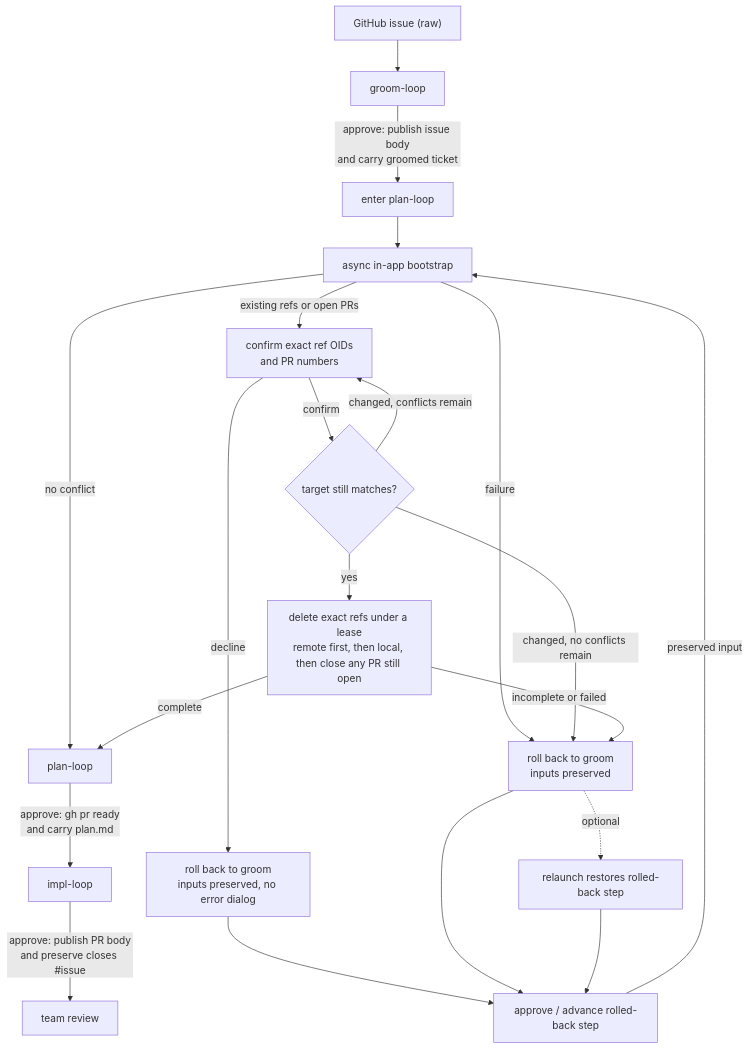
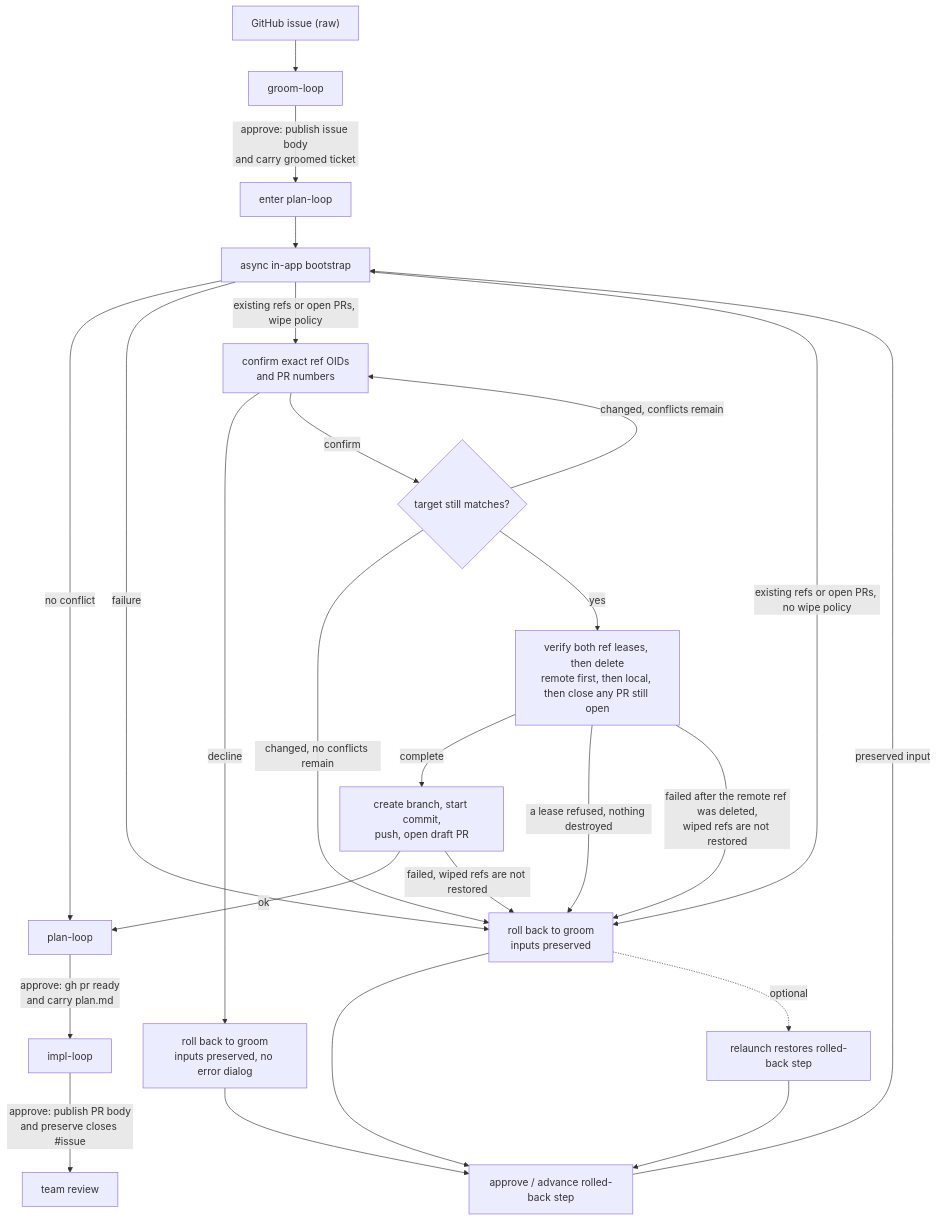
One commit to dylanb/agent-terminal changed the second of 2 diagrams in docs/spec/27-in-terminal-loop-engine-the-live-design.md. Above: the diagram before and after it, drawn with Mermaid.

Commit message:
docs(§27.10): re-draw the bootstrap chart against the wipe the code performs
Three drifts, one of them opened by 2c10c52 and 662a410 themselves —
docs/spec/ had not moved since 62716ea while the wipe was reworked twice.

- WIPE named "delete exact refs under a lease", the shape 2c10c52 found
  wrong. Both leases are now verified before either half is destroyed,
  and that ordering had no other written home once the false comment
  above deleteBranch was removed.
- The chart routed a completed wipe straight to plan-loop, but the wipe
  is the first of six operations on that path; any of the rest can fail
  into rollback with the operator's refs and PR already destroyed and
  not restored. That residue is now on the edges that carry it.
- BOOT routed every detected conflict to the confirm prompt. The code
  gates it on the def's wipe policy and otherwise fails with `branch
  already exists`; the negative arm was drawn nowhere.

Parsed clean against the repo's pinned mermaid.

````diff
--- a/docs/spec/27-in-terminal-loop-engine-the-live-design.md
+++ b/docs/spec/27-in-terminal-loop-engine-the-live-design.md
@@ -134,23 +134,27 @@
 ```mermaid
 flowchart TD
   RAW["GitHub issue (raw)"] --> G["groom-loop"]
   G -->|"approve: publish issue body<br/>and carry groomed ticket"| PE["enter plan-loop"]
   PE --> BOOT["async in-app bootstrap"]
   BOOT -->|"no conflict"| P["plan-loop"]
   BOOT -->|"failure"| RB["roll back to groom<br/>inputs preserved"]
-  BOOT -->|"existing refs or open PRs"| CF["confirm exact ref OIDs<br/>and PR numbers"]
+  BOOT -->|"existing refs or open PRs, wipe policy"| CF["confirm exact ref OIDs<br/>and PR numbers"]
+  BOOT -->|"existing refs or open PRs, no wipe policy"| RB
   CF -->|"decline"| RBQ["roll back to groom<br/>inputs preserved, no error dialog"]
   CF -->|"confirm"| CHECK{"target still matches?"}
   CHECK -->|"changed, conflicts remain"| CF
   CHECK -->|"changed, no conflicts remain"| RB
-  CHECK -->|"yes"| WIPE["delete exact refs under a lease<br/>remote first, then local, then close any PR still open"]
-  WIPE -->|"complete"| P
-  WIPE -->|"incomplete or failed"| RB
+  CHECK -->|"yes"| WIPE["verify both ref leases, then delete<br/>remote first, then local, then close any PR still open"]
+  WIPE -->|"complete"| CREATE["create branch, start commit,<br/>push, open draft PR"]
+  CREATE -->|"ok"| P
+  CREATE -->|"failed, wiped refs are not restored"| RB
+  WIPE -->|"a lease refused, nothing destroyed"| RB
+  WIPE -->|"failed after the remote ref was deleted,<br/>wiped refs are not restored"| RB
   RBQ --> RETRY
   RB --> RETRY["approve / advance rolled-back step"]
   RB -.->|"optional"| RELAUNCH["relaunch restores rolled-back step"]
   RELAUNCH --> RETRY
   RETRY -->|"preserved input"| BOOT
   P -->|"approve: gh pr ready<br/>and carry plan.md"| I["impl-loop"]
   I -->|"approve: publish PR body<br/>and preserve closes #issue"| TR["team review"]
 ```
````
